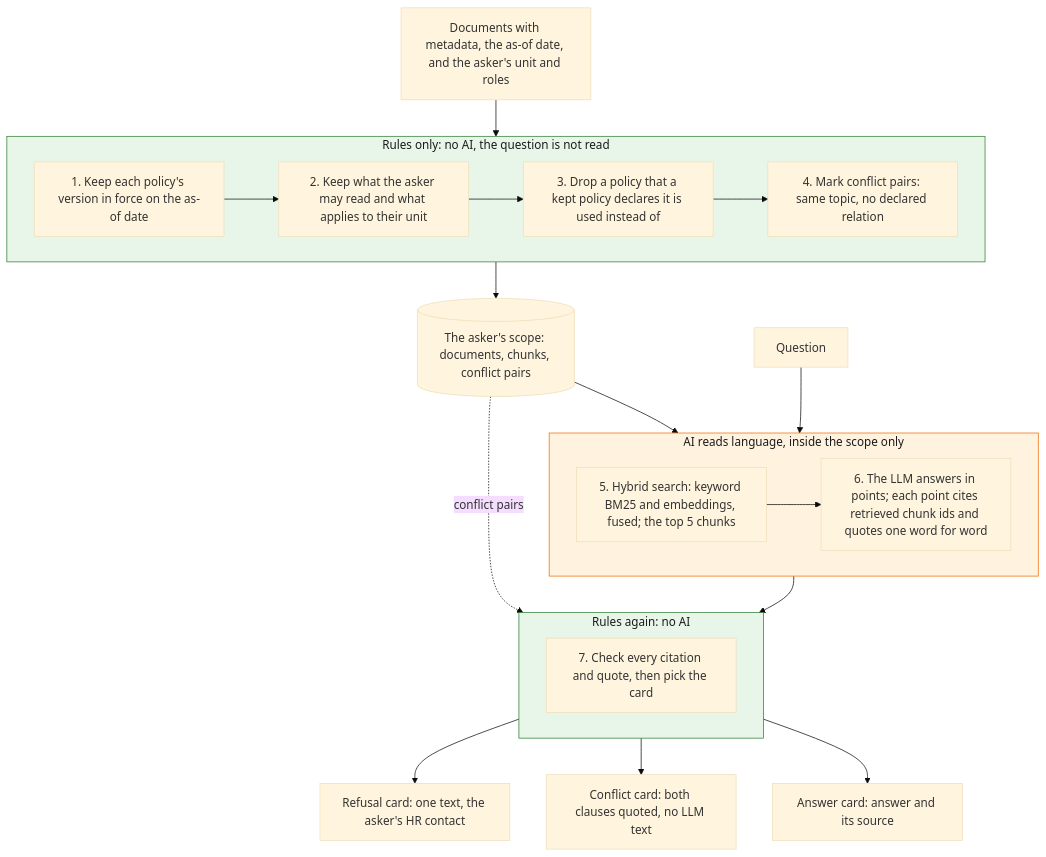
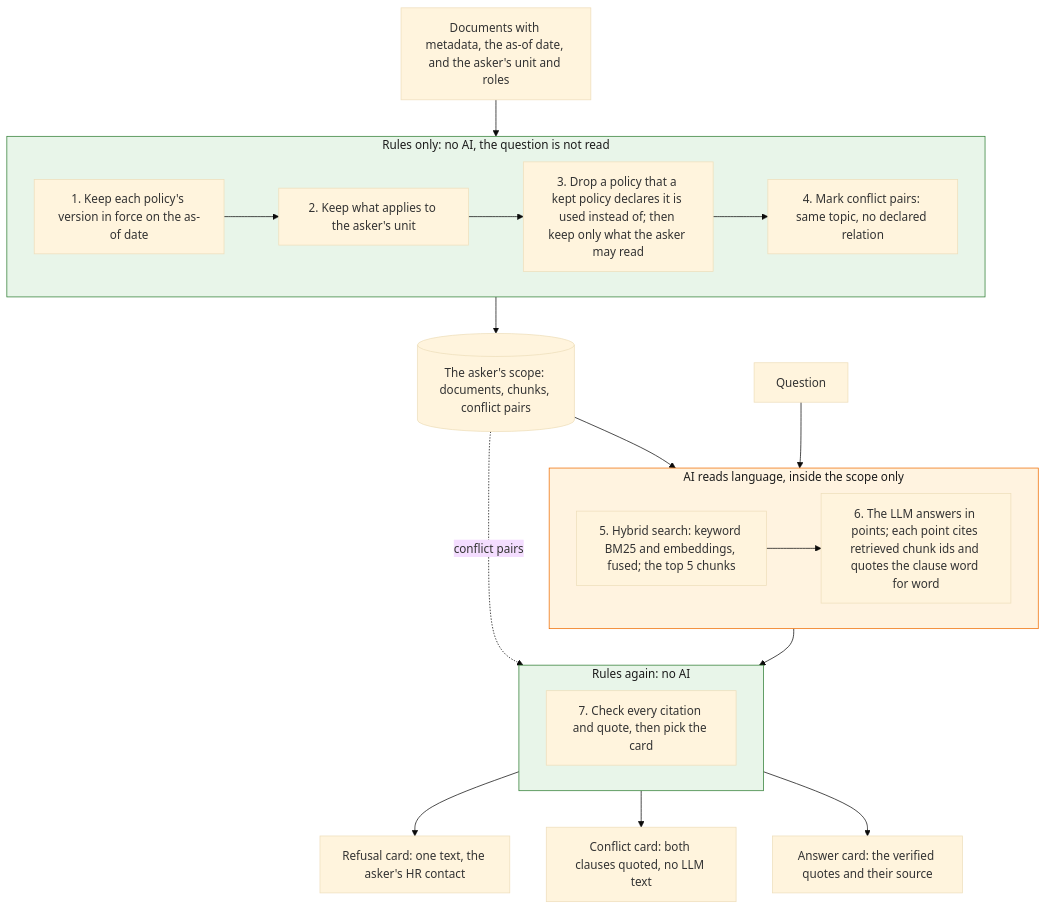
One commit to Park-Hip/next-gen-2026 changed the first of 2 diagrams in docs/architecture.md. Above: the diagram before and after it, drawn with Mermaid (base theme). The commit also changed other lines of this file and 2 other files, not shown here.

Commit message:
Docs follow ADRs 0009 and 0010: quotes on the answer card, access after step 3, the --why trace in the new order, observed limitations (#39)

````diff
--- a/docs/architecture.md
+++ b/docs/architecture.md
@@ -18,39 +19,39 @@
 ```mermaid
 flowchart TD
     inputs["Documents with metadata, the as-of date, and the asker's unit and roles"]
 
     subgraph rules1["Rules only: no AI, the question is not read"]
         s1["1. Keep each policy's version in force on the as-of date"]
-        s2["2. Keep what the asker may read and what applies to their unit"]
-        s3["3. Drop a policy that a kept policy declares it is used instead of"]
+        s2["2. Keep what applies to the asker's unit"]
+        s3["3. Drop a policy that a kept policy declares it is used instead of; then keep only what the asker may read"]
         s4["4. Mark conflict pairs: same topic, no declared relation"]
         s1 --> s2 --> s3 --> s4
     end
 
     scope[("The asker's scope: documents, chunks, conflict pairs")]
     question["Question"]
 
     subgraph ai["AI reads language, inside the scope only"]
         s5["5. Hybrid search: keyword BM25 and embeddings, fused; the top 5 chunks"]
-        s6["6. The LLM answers in points; each point cites retrieved chunk ids and quotes one word for word"]
+        s6["6. The LLM answers in points; each point cites retrieved chunk ids and quotes the clause word for word"]
         s5 --> s6
     end
 
     subgraph rules2["Rules again: no AI"]
         s7["7. Check every citation and quote, then pick the card"]
     end
 
     inputs --> rules1
     rules1 --> scope
     scope --> ai
     question --> ai
     ai --> rules2
     scope -. conflict pairs .-> rules2
-    rules2 --> answer["Answer card: answer and its source"]
+    rules2 --> answer["Answer card: the verified quotes and their source"]
     rules2 --> conflict["Conflict card: both clauses quoted, no LLM text"]
     rules2 --> refusal["Refusal card: one text, the asker's HR contact"]
 
     style rules1 fill:#e8f5e9,stroke:#2e7d32,color:#1b1b1b
     style rules2 fill:#e8f5e9,stroke:#2e7d32,color:#1b1b1b
     style ai fill:#fff3e0,stroke:#ef6c00,color:#1b1b1b
 ```
````
